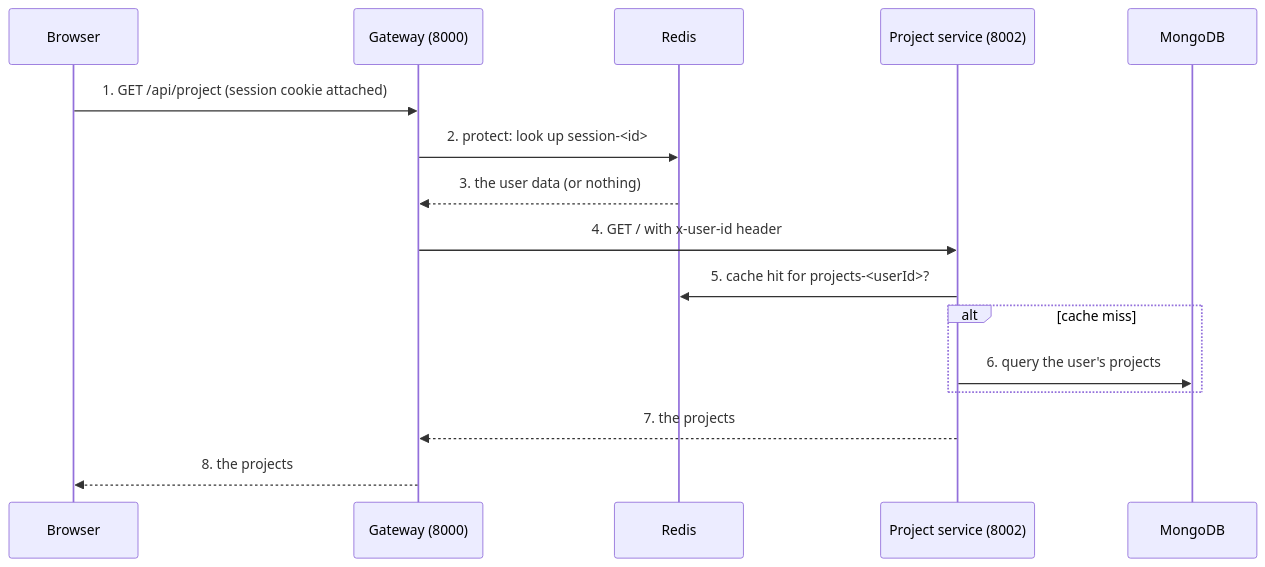
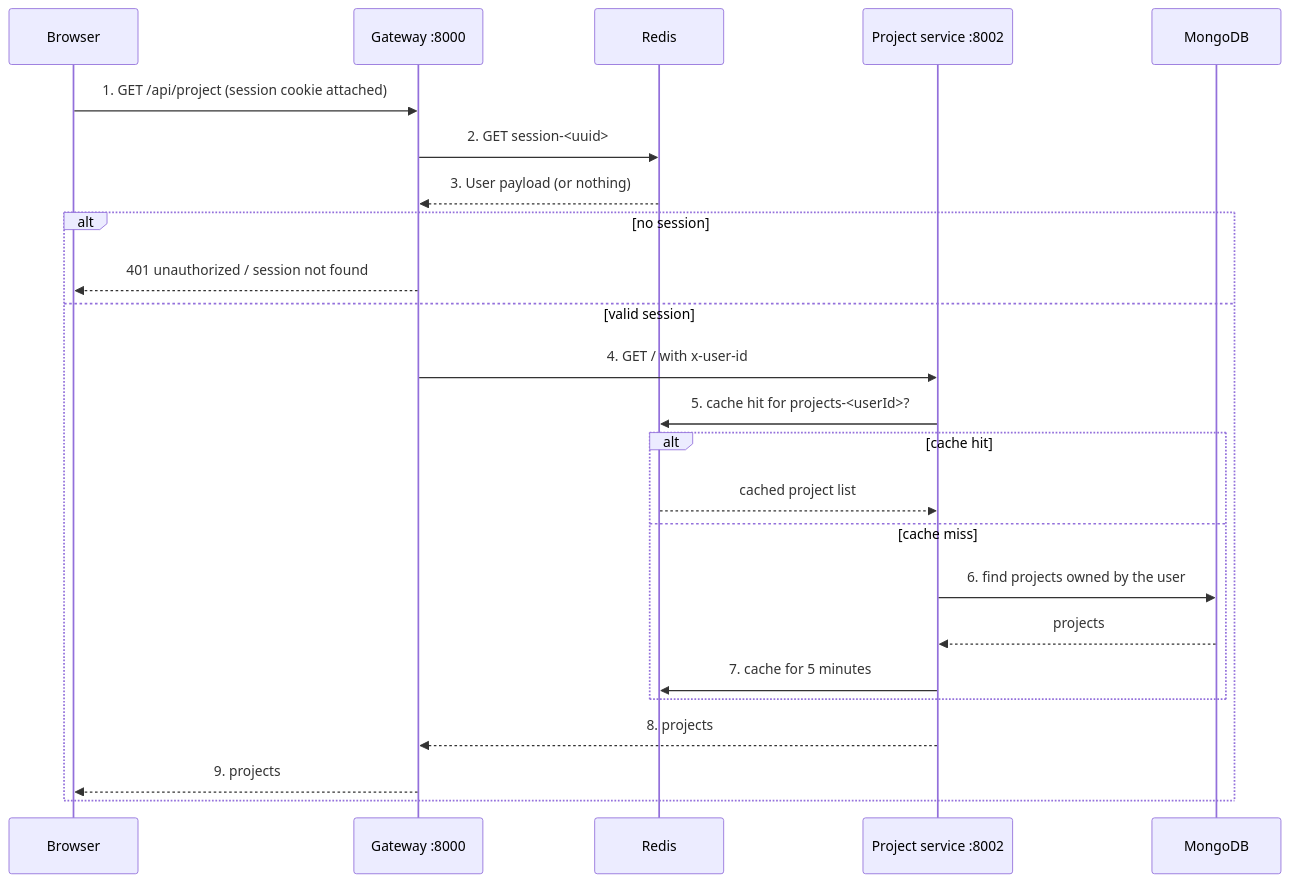
Before and after one commit to yamanhassan1/NexPulse: the third of 5 diagrams in docs/concepts/architecture.md, drawn with Mermaid. The commit also changed other lines of this file and 33 other files, not shown here.

Commit message:
docs: add contributing, deployment, troubleshooting, and reference guides; update roadmap

````diff
--- a/docs/concepts/architecture.md
+++ b/docs/concepts/architecture.md
@@ -153,19 +139,27 @@
 ```mermaid
 sequenceDiagram
     participant B as Browser
-    participant G as Gateway (8000)
+    participant G as Gateway :8000
     participant R as Redis
-    participant P as Project service (8002)
+    participant P as Project service :8002
     participant M as MongoDB
 
     B->>G: 1. GET /api/project (session cookie attached)
-    G->>R: 2. protect: look up session-<id>
-    R-->>G: 3. the user data (or nothing)
-    G->>P: 4. GET / with x-user-id header
-    P->>R: 5. cache hit for projects-<userId>?
-    alt cache miss
-        P->>M: 6. query the user's projects
+    G->>R: 2. GET session-<uuid>
+    R-->>G: 3. User payload (or nothing)
+    alt no session
+        G-->>B: 401 unauthorized / session not found
+    else valid session
+        G->>P: 4. GET / with x-user-id
+        P->>R: 5. cache hit for projects-<userId>?
+        alt cache hit
+            R-->>P: cached project list
+        else cache miss
+            P->>M: 6. find projects owned by the user
+            M-->>P: projects
+            P->>R: 7. cache for 5 minutes
+        end
+        P-->>G: 8. projects
+        G-->>B: 9. projects
     end
-    P-->>G: 7. the projects
-    G-->>B: 8. the projects
 ```
````
